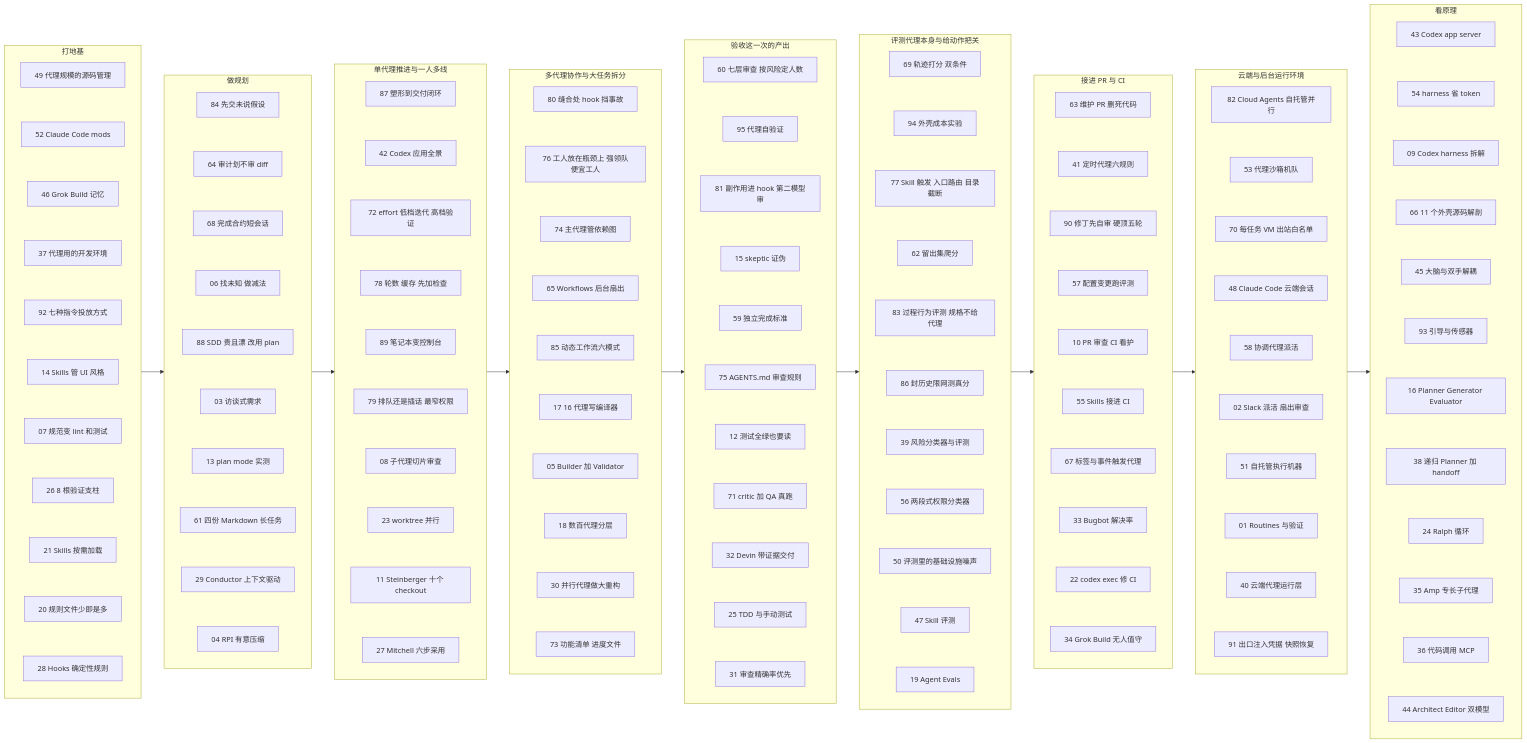
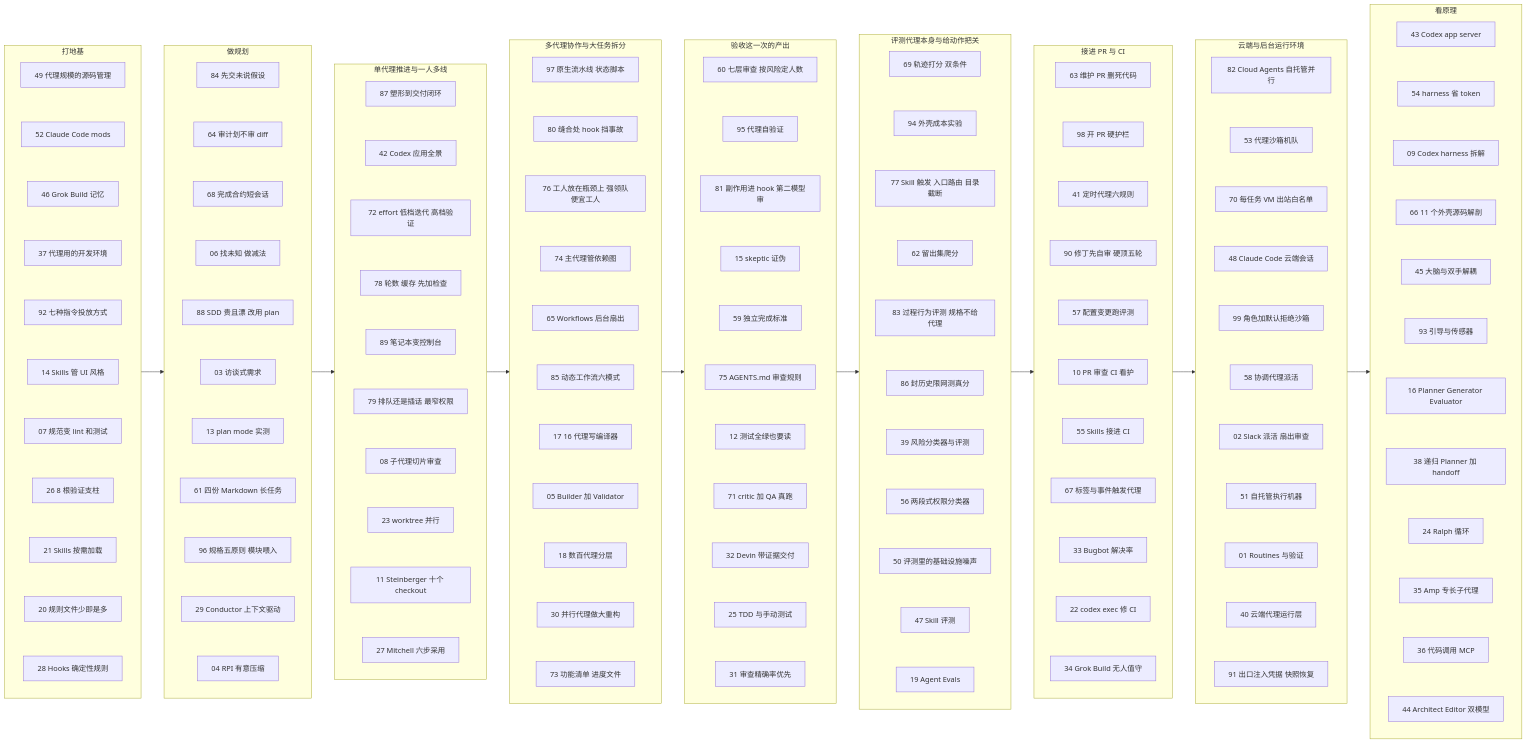
One commit to yzw7489757/ai-coding-videos changed the diagram in docs/index.md. Above: the diagram before and after it, drawn with Mermaid. The commit also changed other lines of this file and 15 other files, not shown here.

```diff
--- a/docs/index.md
+++ b/docs/index.md
@@ -148,6 +148,7 @@
     A03["03 访谈式需求"]
     A13["13 plan mode 实测"]
     A61["61 四份 Markdown 长任务"]
+    A96["96 规格五原则 模块喂入"]
     A29["29 Conductor 上下文驱动"]
     A04["04 RPI 有意压缩"]
     A84 ~~~ A64
@@ -157,7 +158,8 @@
     A88 ~~~ A03
     A03 ~~~ A13
     A13 ~~~ A61
-    A61 ~~~ A29
+    A61 ~~~ A96
+    A96 ~~~ A29
     A29 ~~~ A04
   end
   subgraph S3["单代理推进与一人多线"]
@@ -184,6 +186,7 @@
   end
   subgraph S4["多代理协作与大任务拆分"]
     direction TB
+    A97["97 原生流水线 状态脚本"]
     A80["80 缝合处 hook 挡事故"]
     A76["76 工人放在瓶颈上 强领队便宜工人"]
     A74["74 主代理管依赖图"]
@@ -194,6 +197,7 @@
     A18["18 数百代理分层"]
     A30["30 并行代理做大重构"]
     A73["73 功能清单 进度文件"]
+    A97 ~~~ A80
     A80 ~~~ A76
     A76 ~~~ A74
     A74 ~~~ A65
@@ -255,6 +259,7 @@
   subgraph S7["接进 PR 与 CI"]
     direction TB
     A63["63 维护 PR 删死代码"]
+    A98["98 开 PR 硬护栏"]
     A41["41 定时代理六规则"]
     A90["90 修丁先自审 硬顶五轮"]
     A57["57 配置变更跑评测"]
@@ -264,7 +269,8 @@
     A33["33 Bugbot 解决率"]
     A22["22 codex exec 修 CI"]
     A34["34 Grok Build 无人值守"]
-    A63 ~~~ A41
+    A63 ~~~ A98
+    A98 ~~~ A41
     A41 ~~~ A90
     A90 ~~~ A57
     A57 ~~~ A10
@@ -280,6 +286,7 @@
     A53["53 代理沙箱机队"]
     A70["70 每任务 VM 出站白名单"]
     A48["48 Claude Code 云端会话"]
+    A99["99 角色加默认拒绝沙箱"]
     A58["58 协调代理派活"]
     A02["02 Slack 派活 扇出审查"]
     A51["51 自托管执行机器"]
@@ -289,7 +296,8 @@
     A82 ~~~ A53
     A53 ~~~ A70
     A70 ~~~ A48
-    A48 ~~~ A58
+    A48 ~~~ A99
+    A99 ~~~ A58
     A58 ~~~ A02
     A02 ~~~ A51
     A51 ~~~ A01
```
